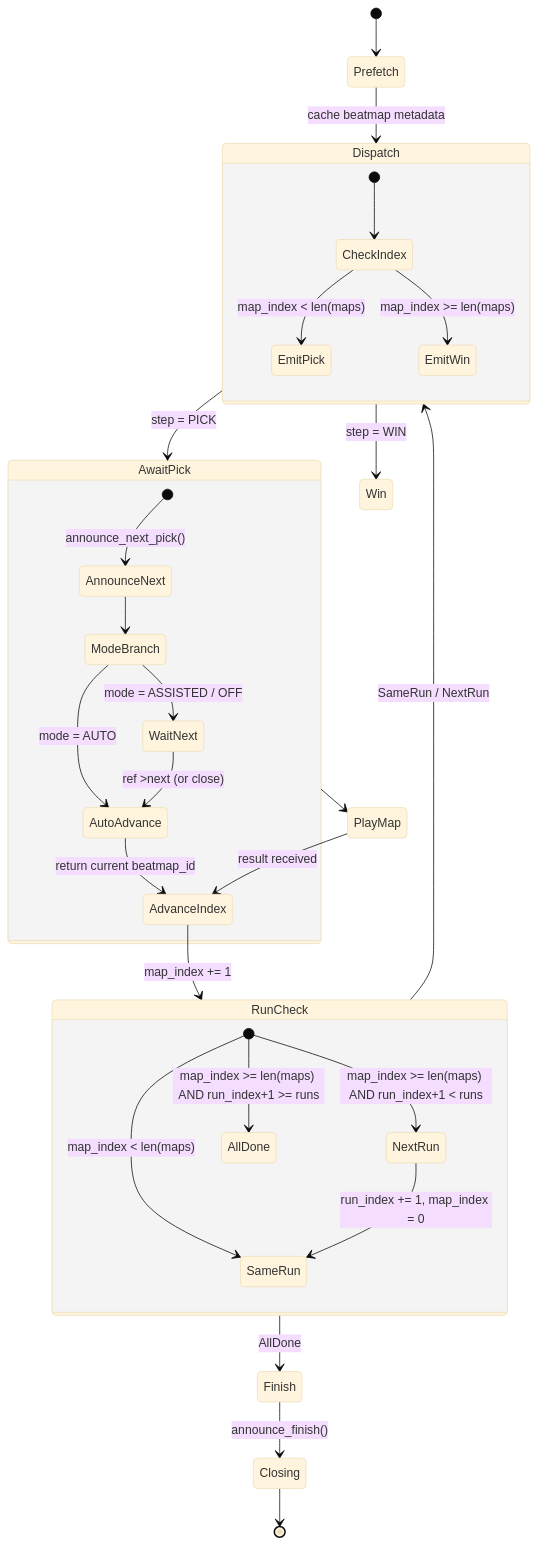
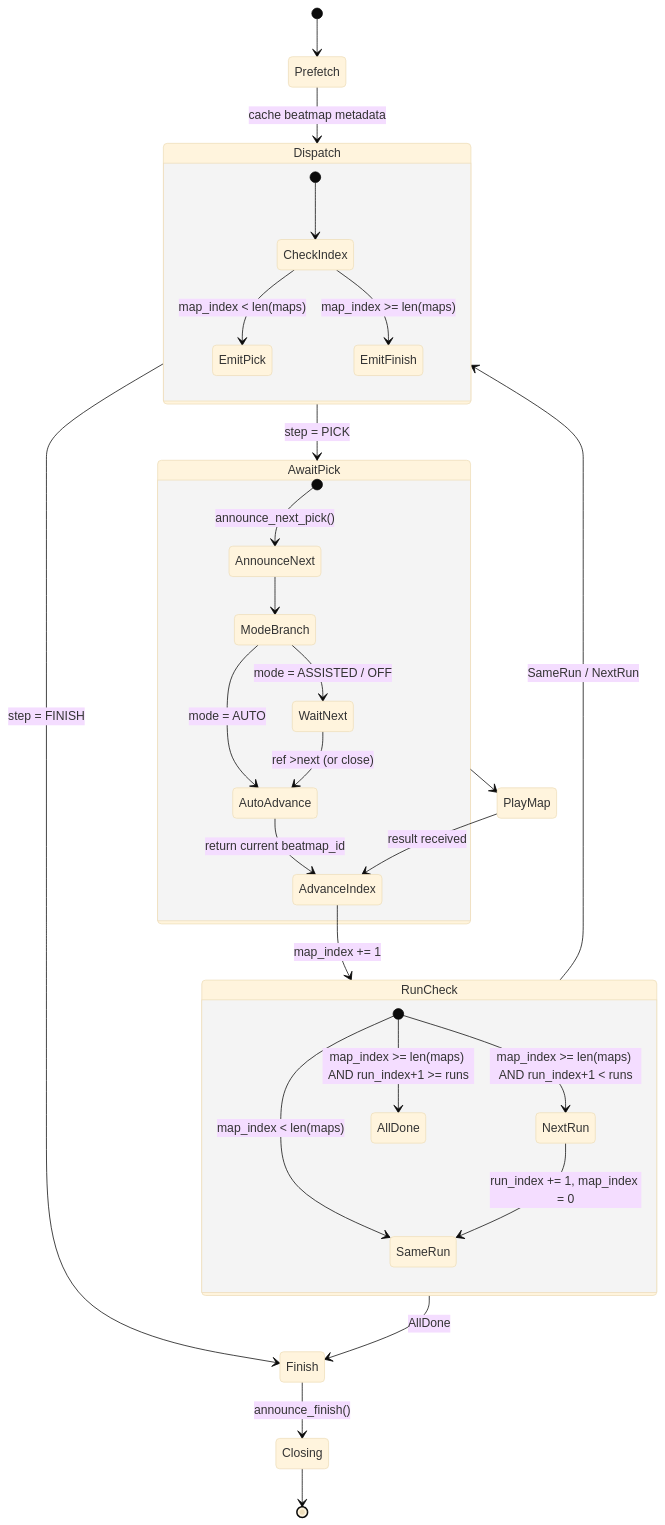
The first of 3 diagrams in docs/autoref.md (junamat/autoref-py), drawn with Mermaid (base theme) before and after one commit.

Commit message:
docs: remove WIN leftovers

````diff
--- a/docs/autoref.md
+++ b/docs/autoref.md
@@ -126,39 +126,39 @@
 ```mermaid
 stateDiagram-v2
     [*] --> Prefetch
     Prefetch --> Dispatch: cache beatmap metadata
 
     state Dispatch {
         [*] --> CheckIndex
         CheckIndex --> EmitPick: map_index < len(maps)
-        CheckIndex --> EmitWin: map_index >= len(maps)
+        CheckIndex --> EmitFinish: map_index >= len(maps)
     }
 
     Dispatch --> AwaitPick: step = PICK
-    Dispatch --> Win: step = WIN
+    Dispatch --> Finish: step = FINISH
 
     state AwaitPick {
         [*] --> AnnounceNext: announce_next_pick()
         AnnounceNext --> ModeBranch
         ModeBranch --> AutoAdvance: mode = AUTO
         ModeBranch --> WaitNext: mode = ASSISTED / OFF
         WaitNext --> AutoAdvance: ref >next (or close)
         AutoAdvance --> AdvanceIndex: return current beatmap_id
     }
 
     AwaitPick --> PlayMap
     PlayMap --> AdvanceIndex: result received
     AdvanceIndex --> RunCheck: map_index += 1
 
     state RunCheck {
         [*] --> SameRun: map_index < len(maps)
         [*] --> NextRun: map_index >= len(maps) AND run_index+1 < runs
         [*] --> AllDone: map_index >= len(maps) AND run_index+1 >= runs
         NextRun --> SameRun: run_index += 1, map_index = 0
     }
 
     RunCheck --> Dispatch: SameRun / NextRun
     RunCheck --> Finish: AllDone
     Finish --> Closing: announce_finish()
     Closing --> [*]
 ```
````
